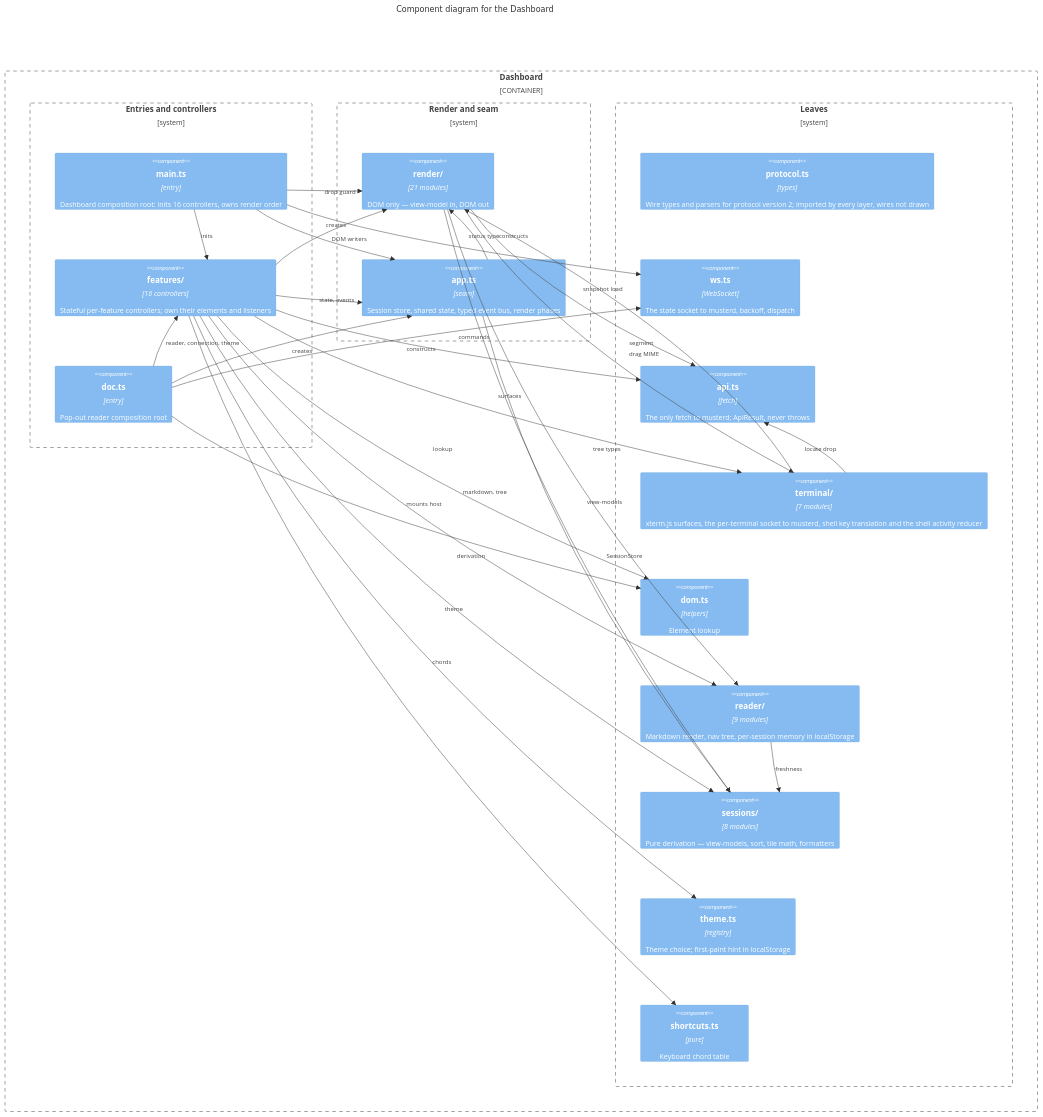
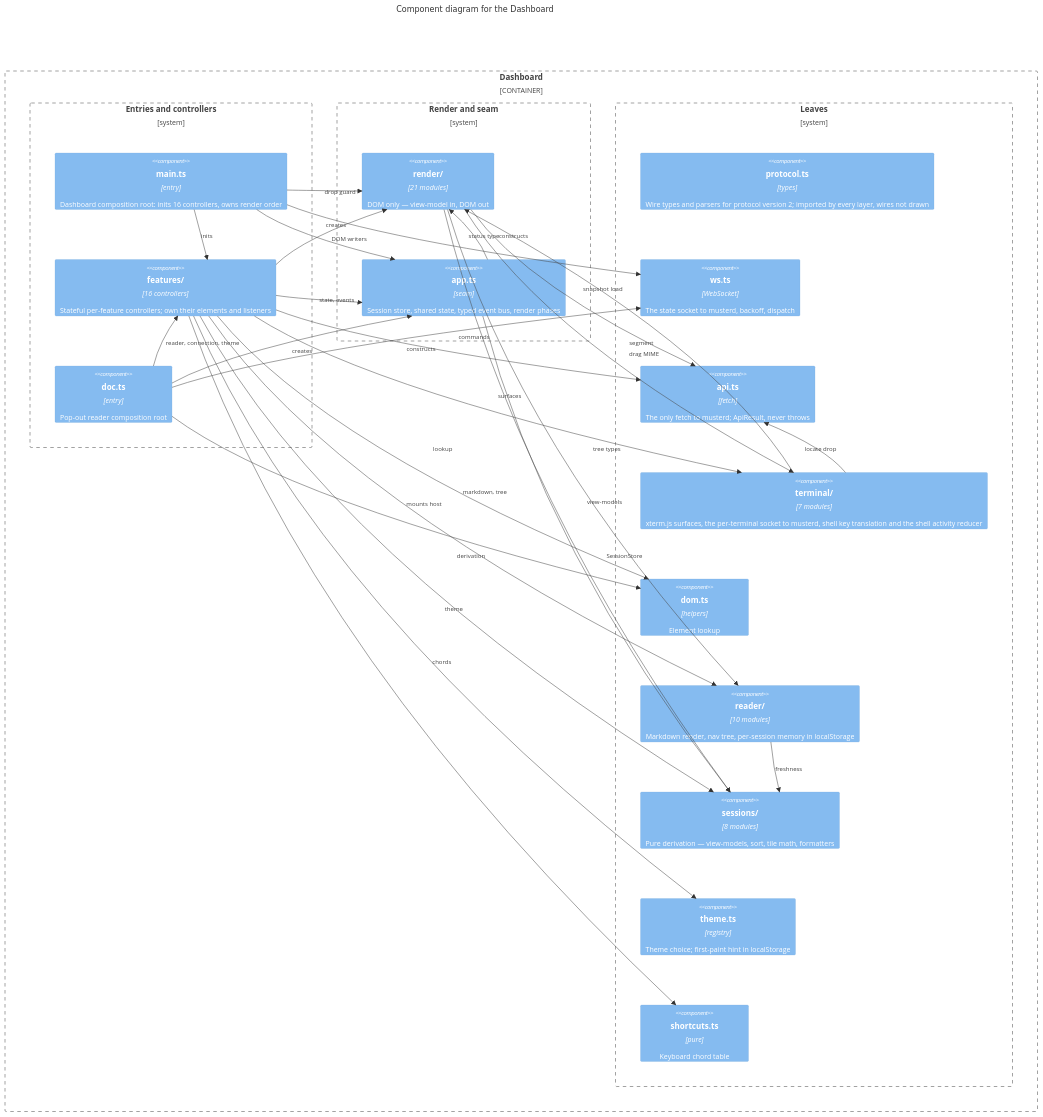
One commit to Zalaras/muster changed the diagram in docs/diagrams/web-components.md. Above: the diagram before and after it, drawn with Mermaid. The commit also changed 68 other files, not shown here.

Commit message:
feat(reader): render frontmatter as a table and keep a session's plan once named (closes #35, closes #46)

````diff
--- a/docs/diagrams/web-components.md
+++ b/docs/diagrams/web-components.md
@@ -33,63 +33,63 @@
 ```mermaid
 C4Component
     title Component diagram for the Dashboard
 
     Container_Boundary(dashboard, "Dashboard") {
         Boundary(ctl, "Entries and controllers") {
             Component(main, "main.ts", "entry", "Dashboard composition root: inits 16 controllers, owns render order")
             Component(features, "features/", "16 controllers", "Stateful per-feature controllers; own their elements and listeners")
             Component(doc, "doc.ts", "entry", "Pop-out reader composition root")
         }
         Boundary(rnd, "Render and seam") {
             Component(render, "render/", "21 modules", "DOM only — view-model in, DOM out")
             Component(app, "app.ts", "seam", "Session store, shared state, typed event bus, render phases")
         }
         Boundary(leaves, "Leaves") {
             Component(protocol, "protocol.ts", "types", "Wire types and parsers for protocol version 2; imported by every layer, wires not drawn")
             Component(ws, "ws.ts", "WebSocket", "The state socket to musterd, backoff, dispatch")
             Component(api, "api.ts", "fetch", "The only fetch to musterd; ApiResult, never throws")
             Component(terminal, "terminal/", "7 modules", "xterm.js surfaces, the per-terminal socket to musterd, shell key translation and the shell activity reducer")
             Component(dom, "dom.ts", "helpers", "Element lookup")
-            Component(reader, "reader/", "9 modules", "Markdown render, nav tree, per-session memory in localStorage")
+            Component(reader, "reader/", "10 modules", "Markdown render, nav tree, per-session memory in localStorage")
             Component(sessions, "sessions/", "8 modules", "Pure derivation — view-models, sort, tile math, formatters")
             Component(theme, "theme.ts", "registry", "Theme choice; first-paint hint in localStorage")
             Component(shortcuts, "shortcuts.ts", "pure", "Keyboard chord table")
         }
     }
 
     Rel(main, features, "inits")
     Rel(main, ws, "constructs")
     Rel(main, app, "creates")
     Rel(main, render, "drop guard")
     Rel(doc, features, "reader, connection, theme")
     Rel(doc, ws, "constructs")
     Rel(doc, dom, "mounts host")
     Rel(doc, app, "creates")
 
     Rel(features, render, "DOM writers")
     Rel(features, api, "commands")
     Rel(features, terminal, "surfaces")
     Rel(features, reader, "markdown, tree")
     Rel(features, sessions, "derivation")
     Rel(features, app, "state, events")
     Rel(features, dom, "lookup")
     Rel(features, theme, "theme")
     Rel(features, shortcuts, "chords")
 
     Rel(render, api, "snapshot load")
     Rel(render, terminal, "segment")
     Rel(render, reader, "tree types")
     Rel(render, sessions, "view-models")
     Rel(terminal, api, "locate drop")
     Rel(terminal, render, "drag MIME")
     Rel(reader, sessions, "freshness")
     Rel(app, sessions, "SessionStore")
     Rel(app, render, "status type")
 
     UpdateRelStyle(main, app, $offsetY="-22")
     UpdateRelStyle(main, ws, $offsetX="70", $offsetY="-10")
     UpdateRelStyle(features, reader, $offsetY="-20")
     UpdateRelStyle(terminal, render, $offsetY="22")
     UpdateRelStyle(features, api, $offsetY="-18")
     UpdateLayoutConfig($c4ShapeInRow="1", $c4BoundaryInRow="3")
 ```
````
